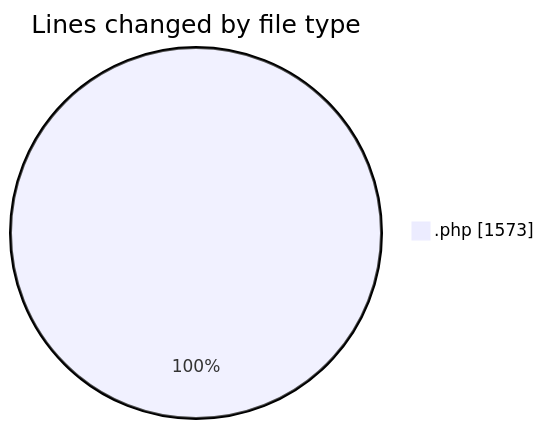
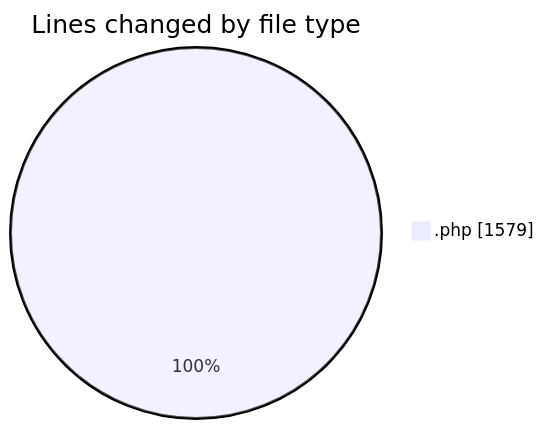
The first of 2 diagrams in 2025-04-17/zeytoon/README.md (vahidmafi/code-tracking), drawn with Mermaid before and after one commit. The commit also changed other lines of this file and 1 other file, not shown here.

````diff
--- a/2025-04-17/zeytoon/README.md
+++ b/2025-04-17/zeytoon/README.md
@@ -23,5 +23,5 @@
 ```mermaid
 pie showData
 title Lines changed by file type
-".php" : 1573
+".php" : 1579
 ```
````
